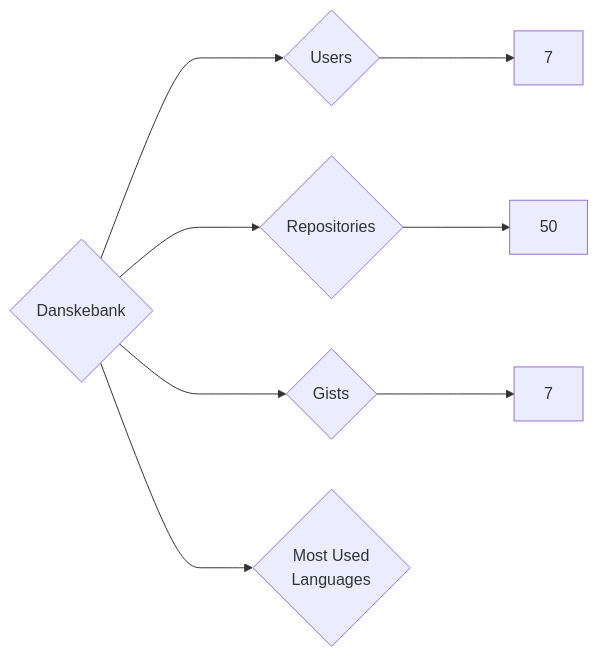
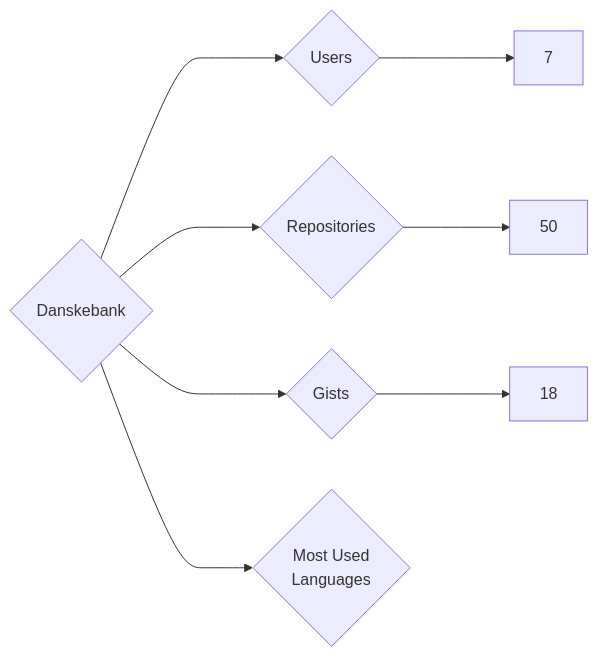
One commit to nenadzaric/insiders changed the diagram in targets/Danskebank/README.md. Above: the diagram before and after it, drawn with Mermaid. The commit also changed 1342 other files, not shown here.

````diff
--- a/targets/Danskebank/README.md
+++ b/targets/Danskebank/README.md
@@ -3,8 +3,8 @@
 ```mermaid
 graph LR
 COMPANY_NAME{Danskebank}
 COMPANY_NAME ---> U{Users} ---> UN[7]
 COMPANY_NAME ---> R{Repositories} ---> RN[50]
-COMPANY_NAME ---> G{Gists} ---> GN[7]
+COMPANY_NAME ---> G{Gists} ---> GN[18]
 COMPANY_NAME ---> ML{Most Used<br>Languages}
 ```
````
